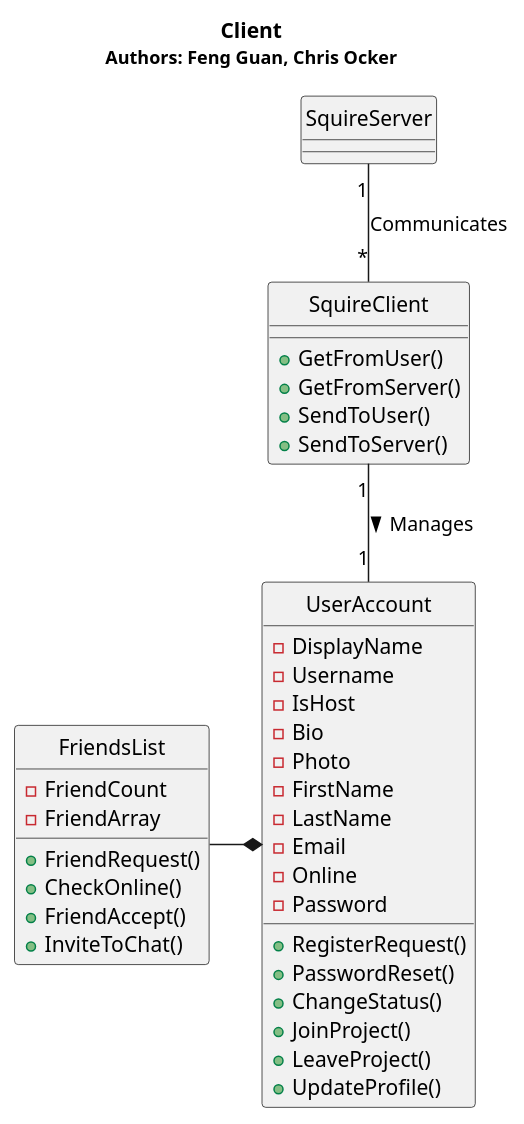
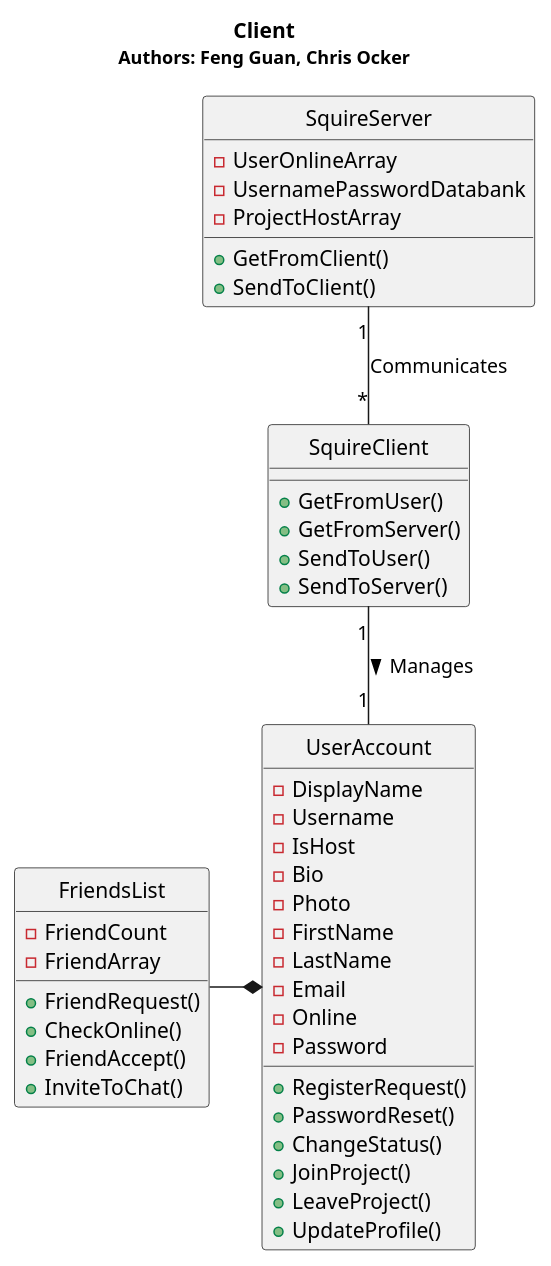
One commit to voxelv/sQuire_kw changed the diagram in hw3/UserAccount/UserAccounts.puml. Above: the diagram before and after it, drawn with PlantUML. The commit also changed 1 other file, not shown here.

```diff
--- a/hw3/UserAccount/UserAccounts.puml
+++ b/hw3/UserAccount/UserAccounts.puml
@@ -1,49 +1,55 @@
 @startuml
 hide circles
 
 Title <b>Client</b>\n<size:12>Authors: Feng Guan, Chris Ocker</size>
 
 
-class "SquireServer" as ss
+class "SquireServer" as ss{
+-UserOnlineArray
+-UsernamePasswordDatabank
+-ProjectHostArray
++GetFromClient()
++SendToClient()
+}
 
 class "UserAccount" as ua {
 -DisplayName
 -Username
 -IsHost
 -Bio
 -Photo
 -FirstName
 -LastName
 -Email
 -Online
 -Password
 +RegisterRequest()
 +PasswordReset()
 +ChangeStatus()
 +JoinProject()
 +LeaveProject()
 +UpdateProfile()
 }
 
 class "SquireClient" as sc {
 +GetFromUser()
 +GetFromServer()
 +SendToUser()
 +SendToServer()
 }
 
 
 class "FriendsList" as fl {
 -FriendCount
 -FriendArray
 +FriendRequest()
 +CheckOnline()
 +FriendAccept()
 +InviteToChat()
 }
 
 
 sc "1"  -- "1" ua : Manages >
 ss "1"  -- "*" sc : Communicates
 fl  -r-* ua
 @enduml
```
